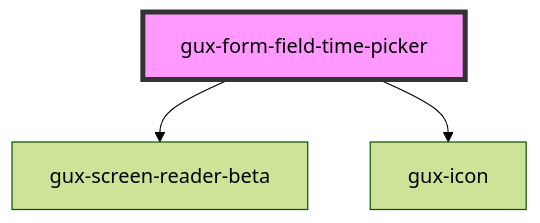
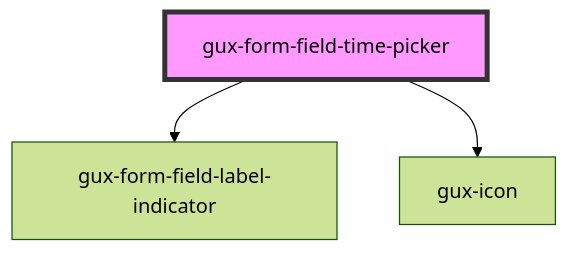
Before and after one commit to MyPureCloud/genesys-spark: the diagram in packages/genesys-spark-components/src/components/stable/gux-form-field/components/gux-form-field-time-picker/readme.md, drawn with Mermaid (forest theme). The commit also changed other lines of this file and 24 other files, not shown here.

````diff
--- a/packages/genesys-spark-components/src/components/stable/gux-form-field/components/gux-form-field-time-picker/readme.md
+++ b/packages/genesys-spark-components/src/components/stable/gux-form-field/components/gux-form-field-time-picker/readme.md
@@ -33,6 +34,6 @@
 ```mermaid
 graph TD;
-  gux-form-field-time-picker --> gux-screen-reader-beta
+  gux-form-field-time-picker --> gux-form-field-label-indicator
   gux-form-field-time-picker --> gux-icon
   style gux-form-field-time-picker fill:#f9f,stroke:#333,stroke-width:4px
 ```
````
